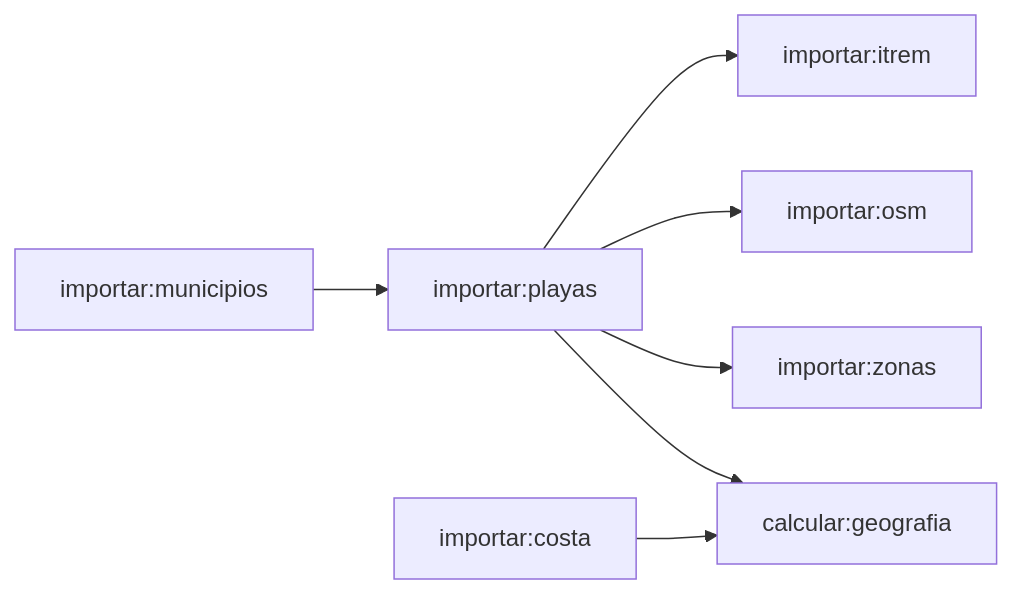
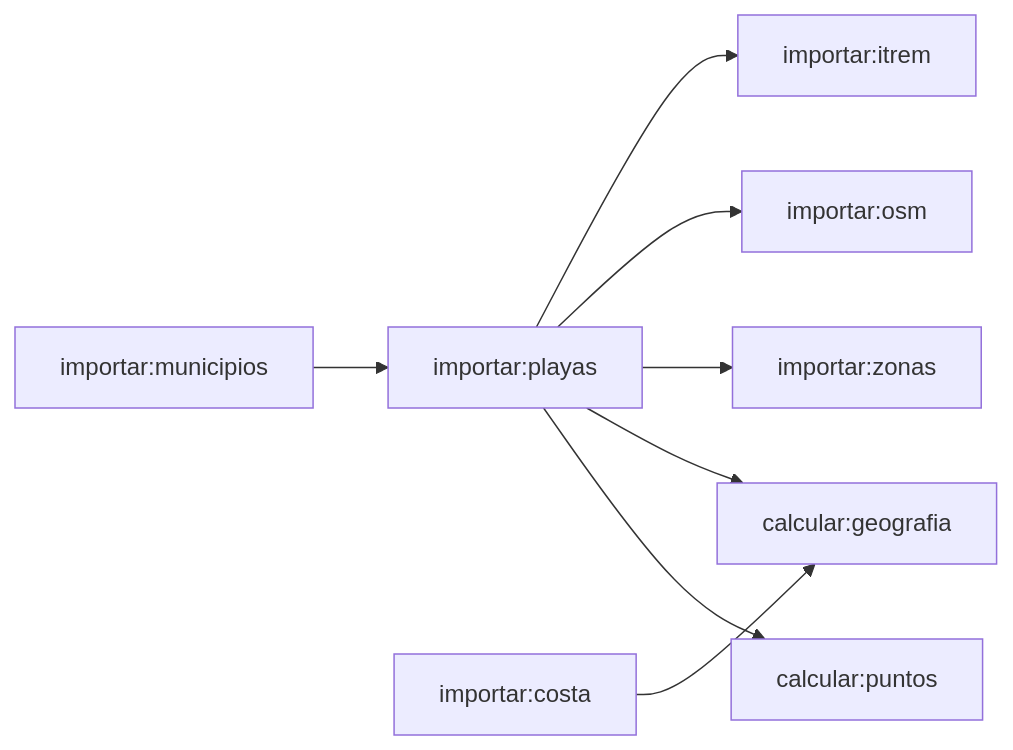
Before and after one commit to pdawgabriel-hub/playa-hoy: the diagram in docs/geografia-playas.md, drawn with Mermaid. The commit also changed other lines of this file and 10 other files, not shown here.

Commit message:
feat(jobs): agrupar playas cercanas en puntos de consulta para reducir llamadas

````diff
--- a/docs/geografia-playas.md
+++ b/docs/geografia-playas.md
@@ -87,9 +87,10 @@
 ```mermaid
 flowchart LR
     municipios[importar:municipios] --> playas[importar:playas]
     playas --> itrem[importar:itrem]
     playas --> osm[importar:osm]
     playas --> zonas[importar:zonas]
     costa[importar:costa] --> geografia[calcular:geografia]
     playas --> geografia
+    playas --> puntos[calcular:puntos]
 ```
````
